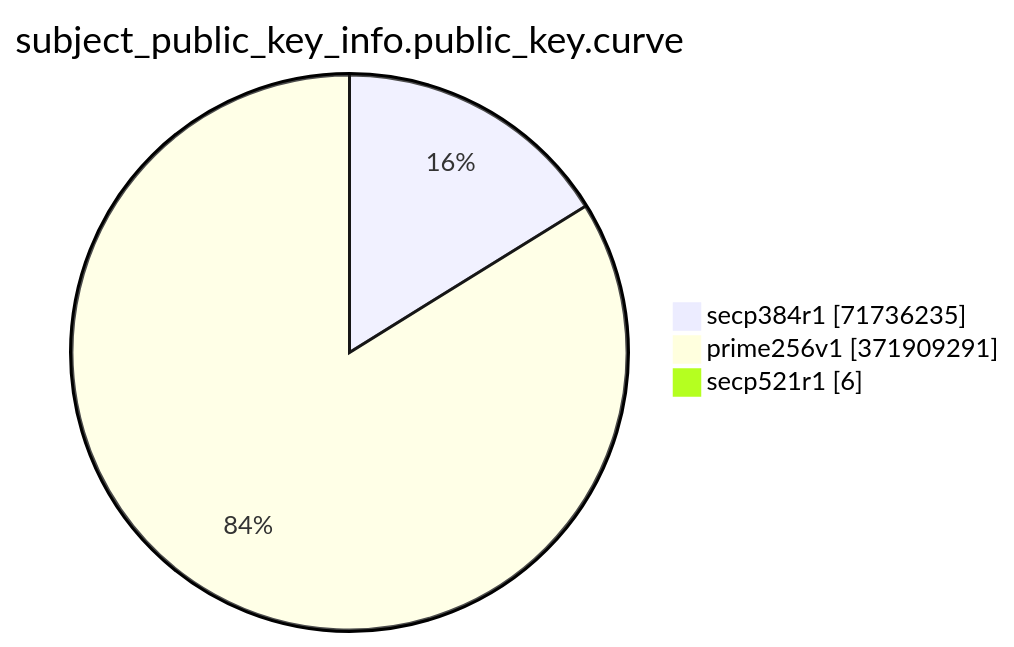
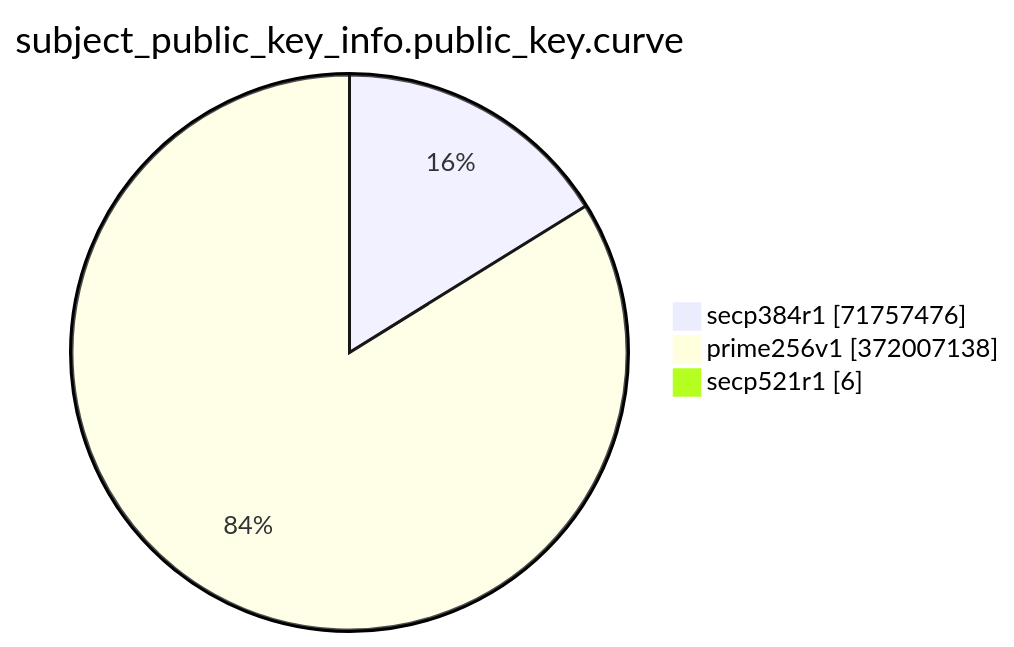
One commit to christiankrug/ctmonitor_visualization changed the eighth of 15 diagrams in TOTAL/README.md. Above: the diagram before and after it, drawn with Mermaid. The commit also changed other lines of this file, not shown here.

````diff
--- a/TOTAL/README.md
+++ b/TOTAL/README.md
@@ -3094,7 +3094,7 @@
 ```mermaid
 pie showData
 title subject_public_key_info.public_key.curve
-"secp384r1" :71736235
-"prime256v1" :371909291
+"secp384r1" :71757476
+"prime256v1" :372007138
 "secp521r1" :6
 ```
````
